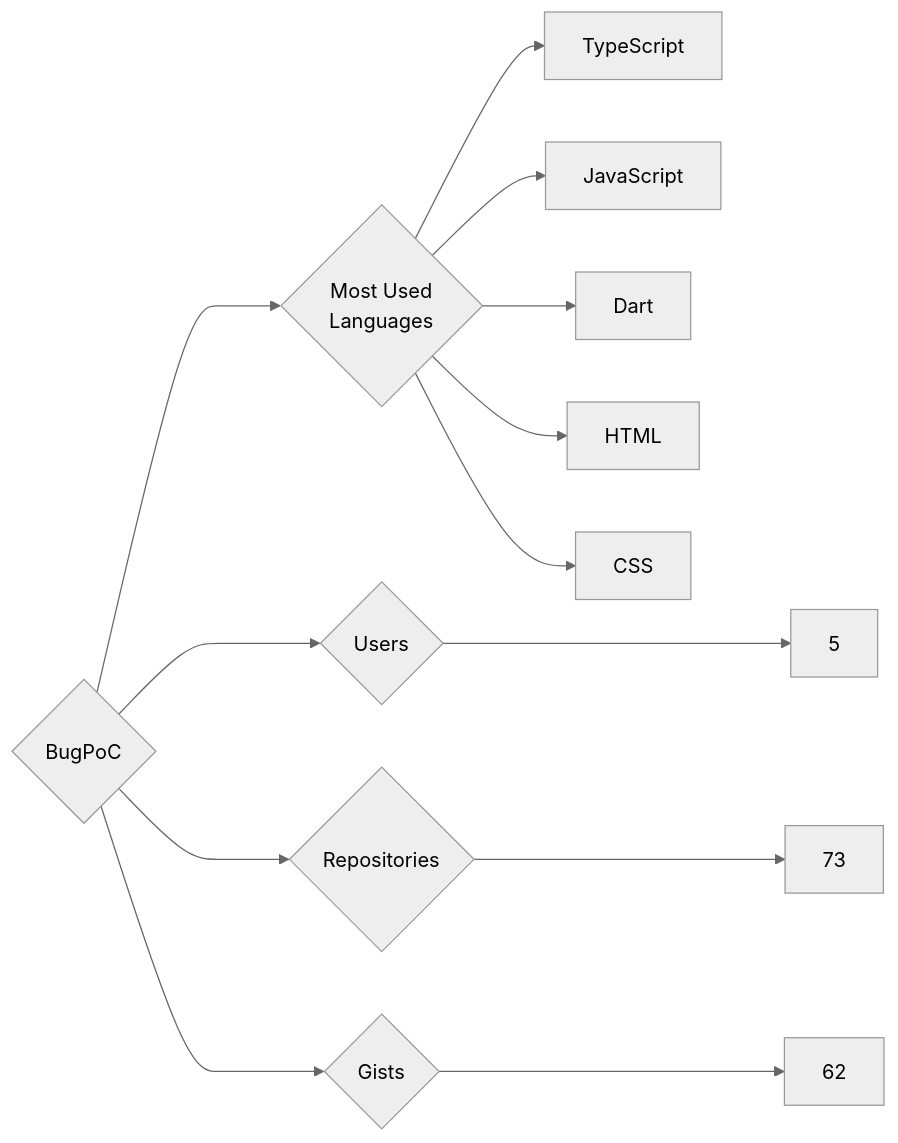
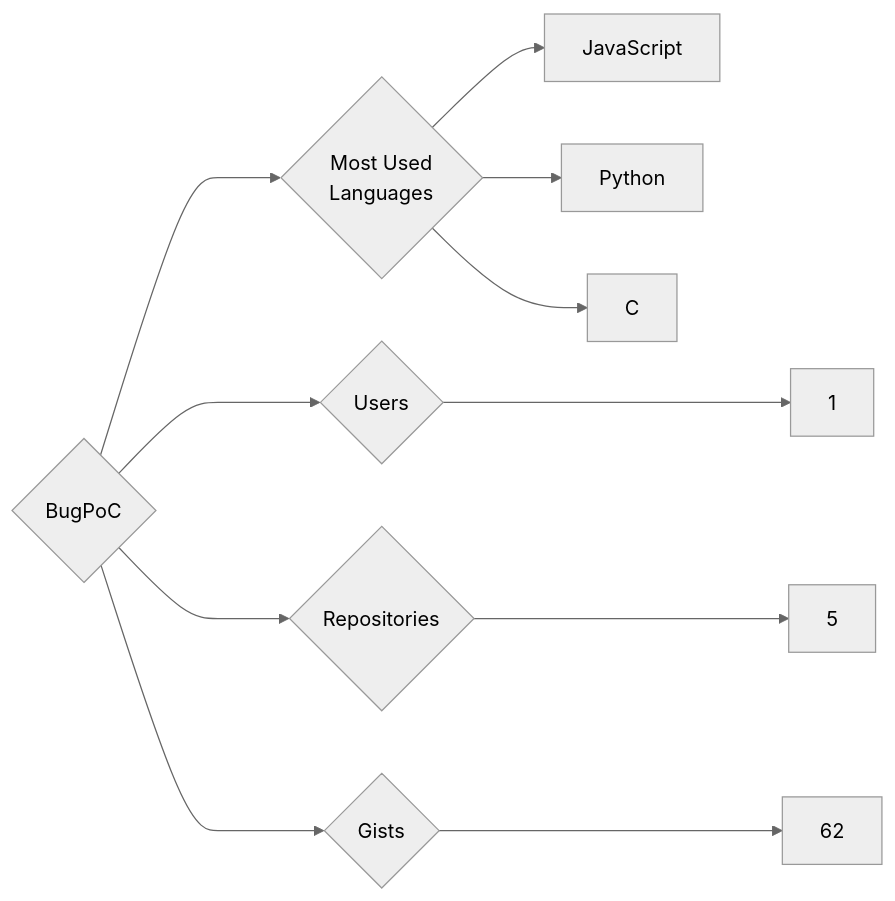
Before and after one commit to trickest/insiders: the diagram in targets/BugPoC/README.md, drawn with Mermaid (neutral theme). The commit also changed 1092 other files, not shown here.

````diff
--- a/targets/BugPoC/README.md
+++ b/targets/BugPoC/README.md
@@ -3,13 +3,11 @@
 ```mermaid
 graph LR
 COMPANY_NAME{BugPoC}
-COMPANY_NAME ---> U{Users} ---> UN[5]
-COMPANY_NAME ---> R{Repositories} ---> RN[73]
+COMPANY_NAME ---> U{Users} ---> UN[1]
+COMPANY_NAME ---> R{Repositories} ---> RN[5]
 COMPANY_NAME ---> G{Gists} ---> GN[62]
 COMPANY_NAME ---> ML{Most Used<br>Languages}
-ML --> TypeScript[TypeScript]
 ML --> JavaScript[JavaScript]
-ML --> Dart[Dart]
-ML --> HTML[HTML]
-ML --> CSS[CSS]
+ML --> Python[Python]
+ML --> C[C]
 ```
````
